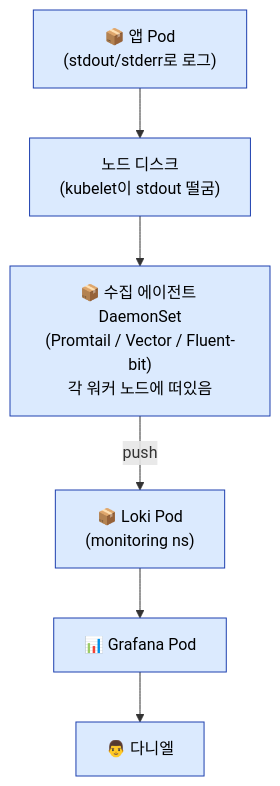
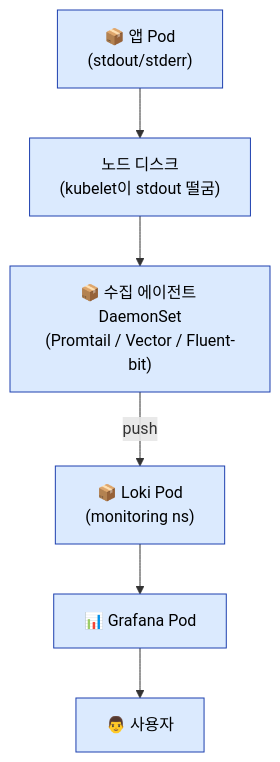
One commit to currenjin/currenjin.github.io changed diagram 12 of 13 in _wiki/homelab.md. Above: the diagram before and after it, drawn with Mermaid. The commit also changed other lines of this file, not shown here.

````diff
--- a/_wiki/homelab.md
+++ b/_wiki/homelab.md
@@ -741,14 +494,14 @@
 ```mermaid
 flowchart TB
-  Pod["📦 앱 Pod<br/>(stdout/stderr로 로그)"]
+  Pod["📦 앱 Pod<br/>(stdout/stderr)"]
   Disk["노드 디스크<br/>(kubelet이 stdout 떨굼)"]
-  Agent["📦 수집 에이전트 DaemonSet<br/>(Promtail / Vector / Fluent-bit)<br/>각 워커 노드에 떠있음"]
+  Agent["📦 수집 에이전트 DaemonSet<br/>(Promtail / Vector / Fluent-bit)"]
   Loki["📦 Loki Pod<br/>(monitoring ns)"]
   Graf["📊 Grafana Pod"]
-  User["👨 다니엘"]
+  User["👨 사용자"]
 
   Pod --> Disk --> Agent -- push --> Loki --> Graf --> User
 
   classDef blue fill:#dbeafe,stroke:#1e40af,color:#000
   class Pod,Disk,Agent,Loki,Graf,User blue
 ```
````
